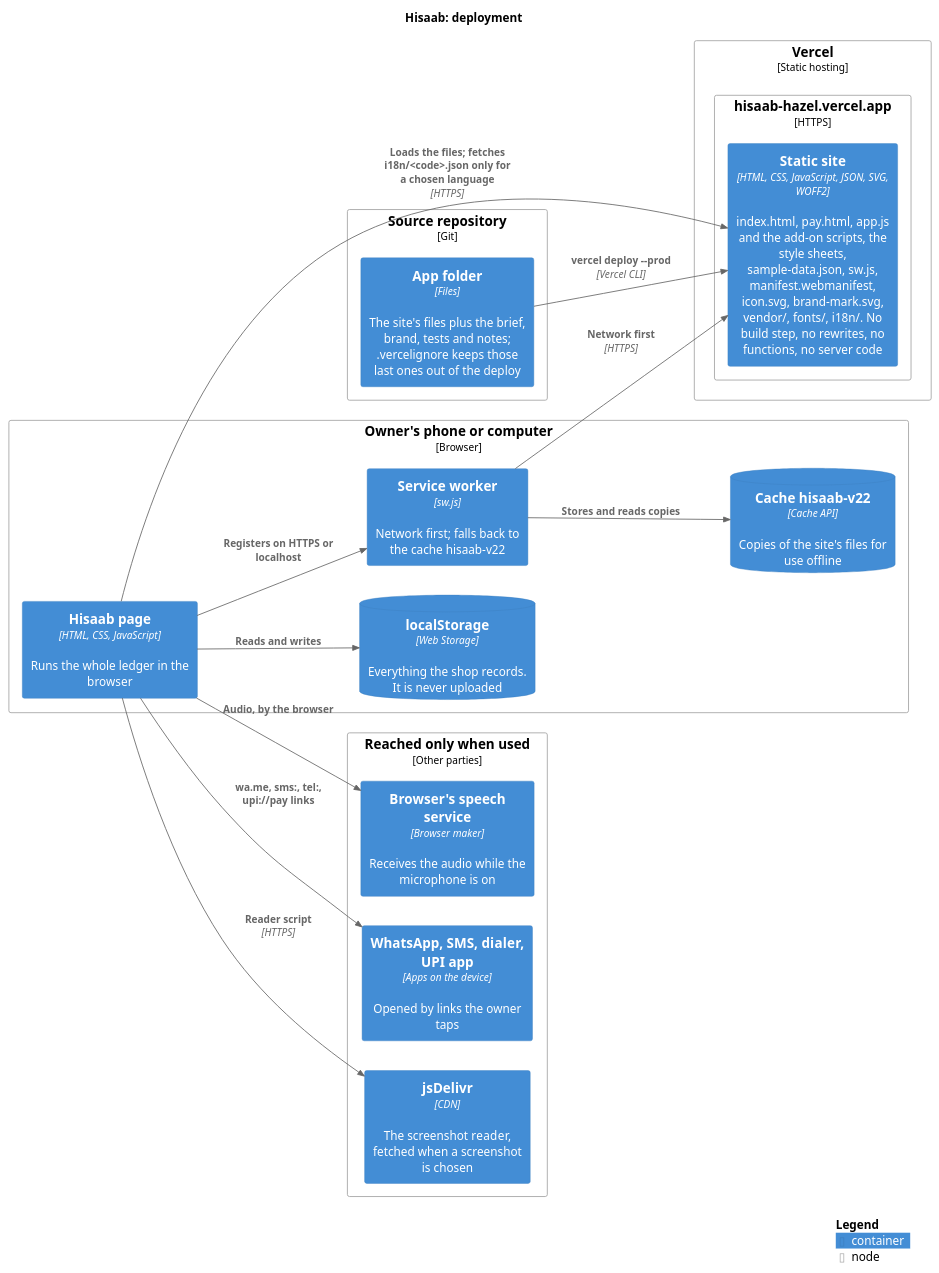
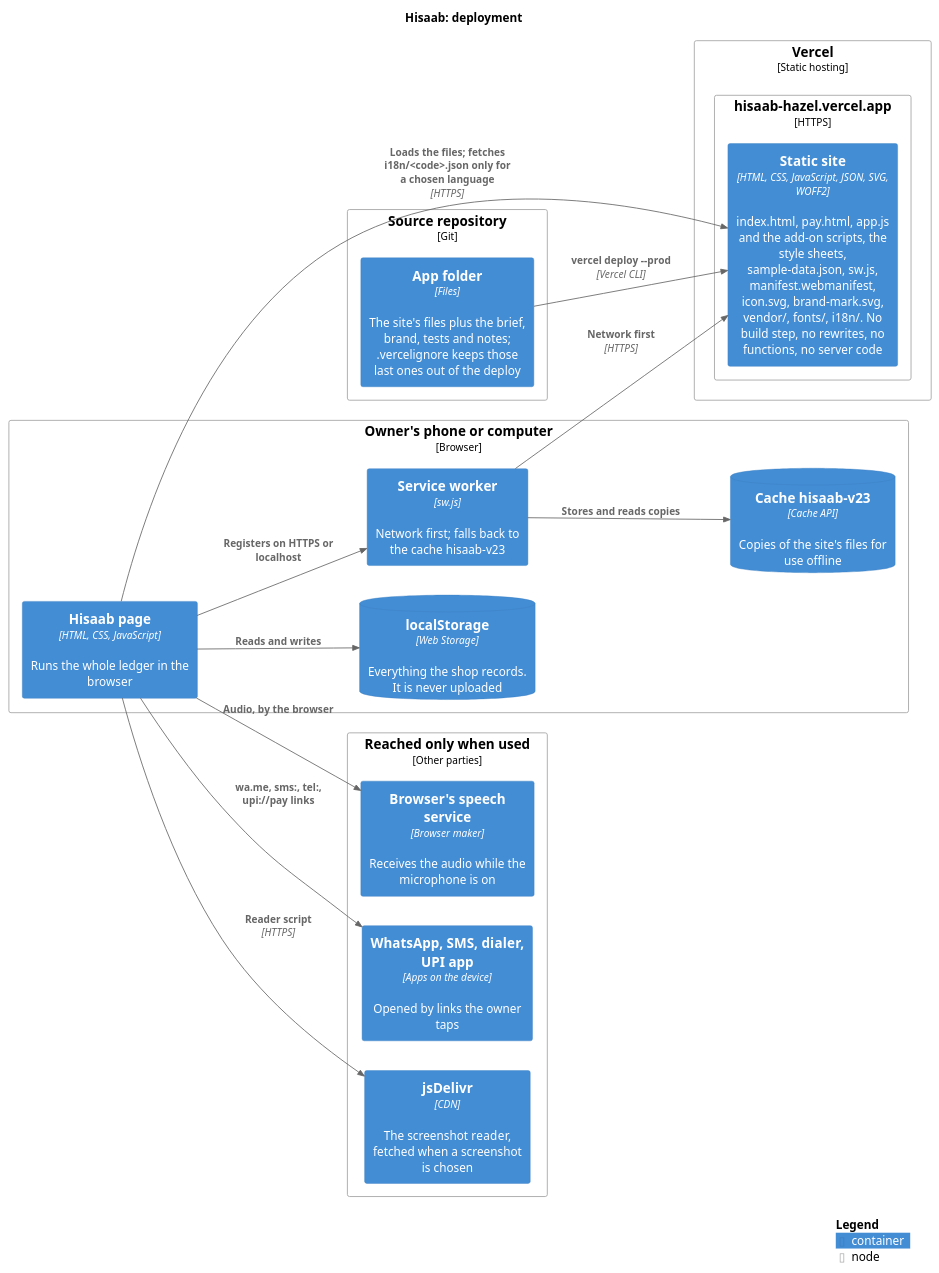
One commit to karwasanjay007/hisaab-docs changed the diagram in docs/diagrams/deployment.puml. Above: the diagram before and after it, drawn with PlantUML. The commit also changed 25 other files, not shown here.

First line of the commit message:
Version 1.5.2.2: the wider desktop panel, cache hisaab-v23; change log; live results

```diff
--- a/docs/diagrams/deployment.puml
+++ b/docs/diagrams/deployment.puml
@@ -1,40 +1,40 @@
 @startuml deployment
 !include <C4/C4_Deployment>
 title Hisaab: deployment
 
 skinparam wrapWidth 190
 skinparam maxMessageSize 160
 
 Deployment_Node(repo, "Source repository", "Git") {
   Container(src, "App folder", "Files", "The site's files plus the brief, brand, tests and notes; .vercelignore keeps those last ones out of the deploy")
 }
 Deployment_Node(vc, "Vercel", "Static hosting") {
   Deployment_Node(edge, "hisaab-hazel.vercel.app", "HTTPS") {
     Container(site, "Static site", "HTML, CSS, JavaScript, JSON, SVG, WOFF2", "index.html, pay.html, app.js and the add-on scripts, the style sheets, sample-data.json, sw.js, manifest.webmanifest, icon.svg, brand-mark.svg, vendor/, fonts/, i18n/. No build step, no rewrites, no functions, no server code")
   }
 }
 Deployment_Node(device, "Owner's phone or computer", "Browser") {
   Container(app, "Hisaab page", "HTML, CSS, JavaScript", "Runs the whole ledger in the browser")
   ContainerDb(store, "localStorage", "Web Storage", "Everything the shop records. It is never uploaded")
-  Container(swk, "Service worker", "sw.js", "Network first; falls back to the cache hisaab-v22")
-  ContainerDb(cache, "Cache hisaab-v22", "Cache API", "Copies of the site's files for use offline")
+  Container(swk, "Service worker", "sw.js", "Network first; falls back to the cache hisaab-v23")
+  ContainerDb(cache, "Cache hisaab-v23", "Cache API", "Copies of the site's files for use offline")
 }
 Deployment_Node(out, "Reached only when used", "Other parties") {
   Container(cdn, "jsDelivr", "CDN", "The screenshot reader, fetched when a screenshot is chosen")
   Container(speech, "Browser's speech service", "Browser maker", "Receives the audio while the microphone is on")
   Container(apps, "WhatsApp, SMS, dialer, UPI app", "Apps on the device", "Opened by links the owner taps")
 }
 
 Rel(src, site, "vercel deploy --prod", "Vercel CLI")
 Rel(app, site, "Loads the files; fetches i18n/<code>.json only for a chosen language", "HTTPS")
 Rel(app, store, "Reads and writes")
 Rel(app, swk, "Registers on HTTPS or localhost")
 Rel(swk, site, "Network first", "HTTPS")
 Rel(swk, cache, "Stores and reads copies")
 Rel(app, cdn, "Reader script", "HTTPS")
 Rel(app, speech, "Audio, by the browser")
 Rel(app, apps, "wa.me, sms:, tel:, upi://pay links")
 
 LAYOUT_LEFT_RIGHT()
 SHOW_LEGEND()
 @enduml
```
